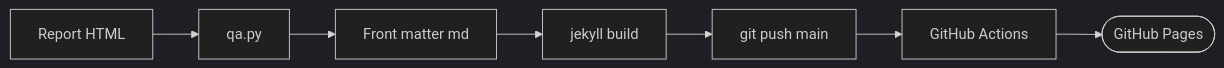
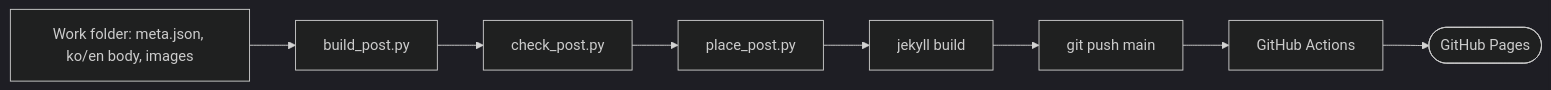
Before and after one commit to whchoi98/whchoi98.github.io: the first of 2 diagrams in README.md, drawn with Mermaid (dark theme). The commit also changed other lines of this file and 9 other files, not shown here.

First line of the commit message:
docs: describe the new publishing flow in README, architecture and onboarding

````diff
--- a/README.md
+++ b/README.md
@@ -32,4 +33,4 @@
 ```mermaid
 flowchart LR
-  Draft[Report HTML] --> QA[qa.py] --> FM[Front matter md] --> Build[jekyll build] --> Push[git push main] --> Actions[GitHub Actions] --> Pages([GitHub Pages])
+  Work[Work folder: meta.json, ko/en body, images] --> BuildPost[build_post.py] --> Check[check_post.py] --> Place[place_post.py] --> Build[jekyll build] --> Push[git push main] --> Actions[GitHub Actions] --> Pages([GitHub Pages])
 ```
````
